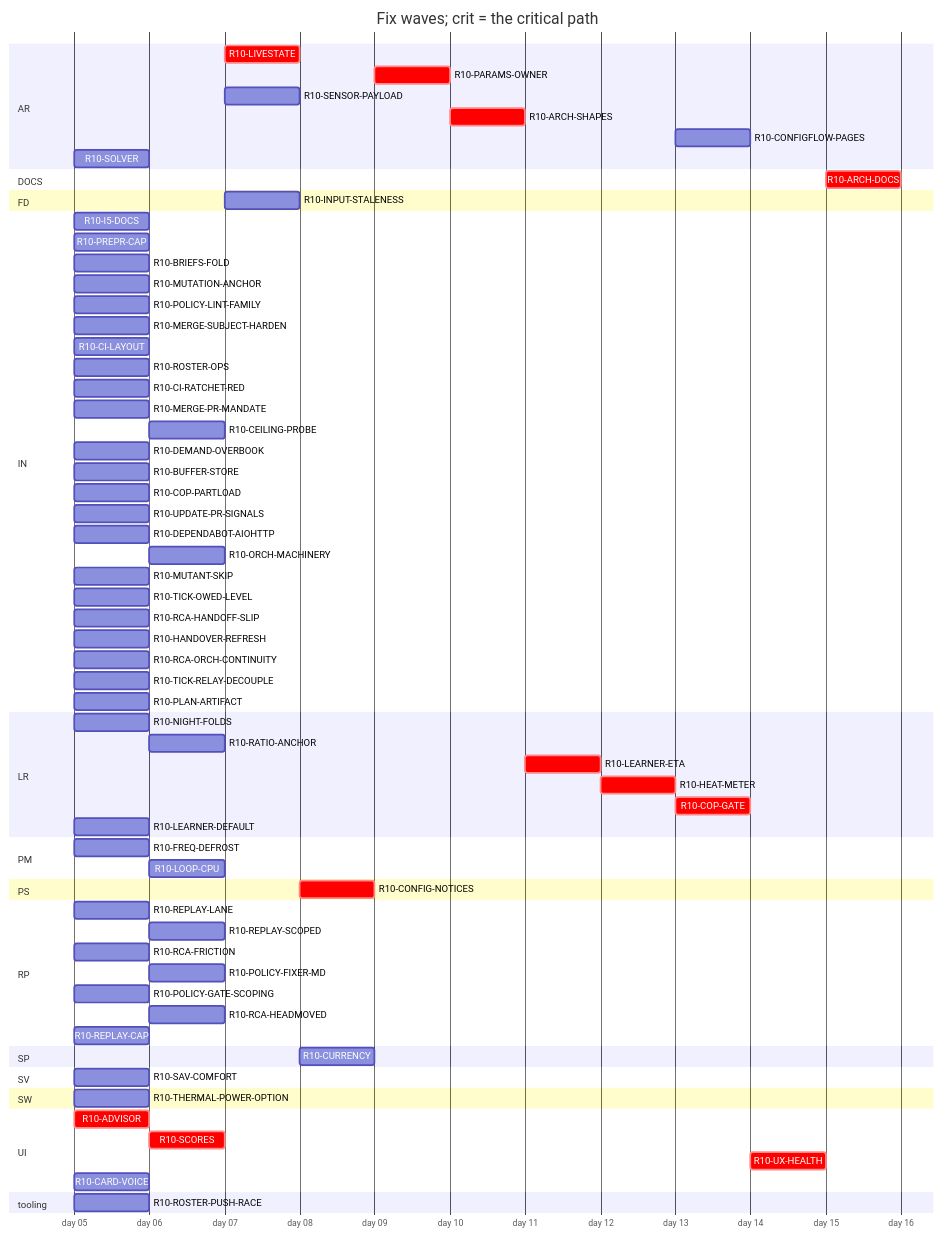
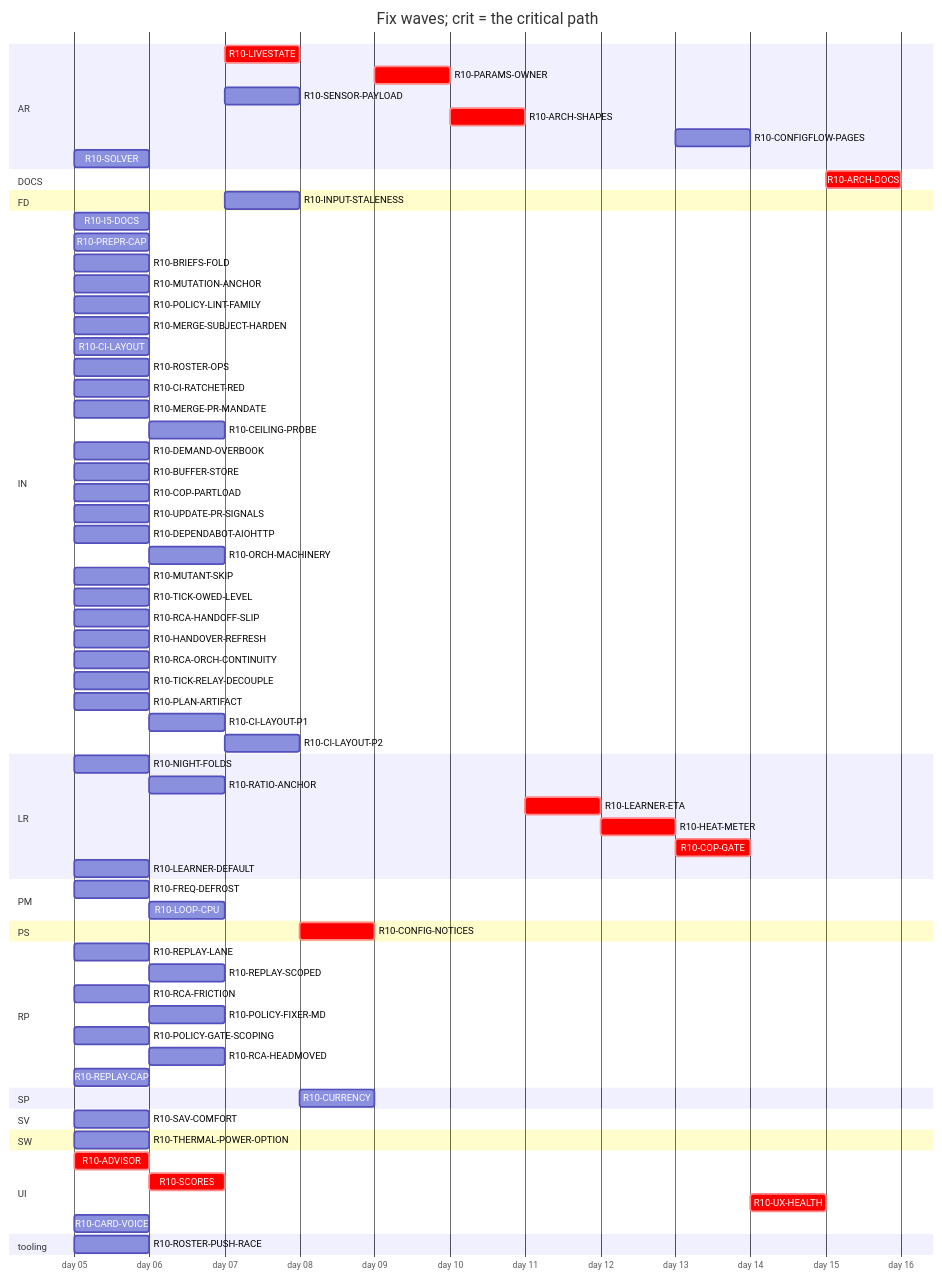
The diagram in handoff/round10/state/PLAN-TABLE.md (tvofi/heatpump_optimizer), drawn with Mermaid before and after one commit. The commit also changed other lines of this file and 1 other file, not shown here.

````diff
--- a/handoff/round10/state/PLAN-TABLE.md
+++ b/handoff/round10/state/PLAN-TABLE.md
@@ -26,75 +26,77 @@
 ```mermaid
 gantt
   title Fix waves; crit = the critical path
   dateFormat YYYY-MM-DD
   axisFormat day %d
   section AR
     R10-LIVESTATE :crit, r10LIVESTATE, after r10SCORES, 1d
     R10-PARAMS-OWNER :crit, r10PARAMSOWNER, after r10CONFIGNOTICES, 1d
     R10-SENSOR-PAYLOAD :r10SENSORPAYLOAD, after r10SCORES, 1d
     R10-ARCH-SHAPES :crit, r10ARCHSHAPES, after r10PARAMSOWNER r10SENSORPAYLOAD r10FREQDEFROST, 1d
     R10-CONFIGFLOW-PAGES :r10CONFIGFLOWPAGES, after r10HEATMETER, 1d
     R10-SOLVER :r10SOLVER, 2026-01-05, 1d
   section DOCS
     R10-ARCH-DOCS :crit, r10ARCHDOCS, after r10NIGHTFOLDS r10RATIOANCHOR r10INPUTSTALENESS r10CURRENCY r10FREQDEFROST r10LOOPCPU r10ADVISOR r10SCORES r10LIVESTATE r10CONFIGNOTICES r10PARAMSOWNER r10SENSORPAYLOAD r10ARCHSHAPES r10LEARNERETA r10HEATMETER r10COPGATE r10UXHEALTH r10CONFIGFLOWPAGES r10SOLVER r10I5DOCS r10BRIEFSFOLD r10REPLAYLANE r10REPLAYSCOPED, 1d
   section FD
     R10-INPUT-STALENESS :r10INPUTSTALENESS, after r10RATIOANCHOR, 1d
   section IN
     R10-I5-DOCS :r10I5DOCS, 2026-01-05, 1d
     R10-PREPR-CAP :r10PREPRCAP, 2026-01-05, 1d
     R10-BRIEFS-FOLD :r10BRIEFSFOLD, 2026-01-05, 1d
     R10-MUTATION-ANCHOR :r10MUTATIONANCHOR, 2026-01-05, 1d
     R10-POLICY-LINT-FAMILY :r10POLICYLINTFAMILY, 2026-01-05, 1d
     R10-MERGE-SUBJECT-HARDEN :r10MERGESUBJECTHARDEN, 2026-01-05, 1d
     R10-CI-LAYOUT :r10CILAYOUT, 2026-01-05, 1d
     R10-ROSTER-OPS :r10ROSTEROPS, 2026-01-05, 1d
     R10-CI-RATCHET-RED :r10CIRATCHETRED, 2026-01-05, 1d
     R10-MERGE-PR-MANDATE :r10MERGEPRMANDATE, 2026-01-05, 1d
     R10-CEILING-PROBE :r10CEILINGPROBE, after r10CILAYOUT r10NIGHTFOLDS, 1d
     R10-DEMAND-OVERBOOK :r10DEMANDOVERBOOK, 2026-01-05, 1d
     R10-BUFFER-STORE :r10BUFFERSTORE, 2026-01-05, 1d
     R10-COP-PARTLOAD :r10COPPARTLOAD, 2026-01-05, 1d
     R10-UPDATE-PR-SIGNALS :r10UPDATEPRSIGNALS, 2026-01-05, 1d
     R10-DEPENDABOT-AIOHTTP :r10DEPENDABOTAIOHTTP, 2026-01-05, 1d
     R10-ORCH-MACHINERY :r10ORCHMACHINERY, after r10ROSTEROPS r10CILAYOUT, 1d
     R10-MUTANT-SKIP :r10MUTANTSKIP, 2026-01-05, 1d
     R10-TICK-OWED-LEVEL :r10TICKOWEDLEVEL, 2026-01-05, 1d
     R10-RCA-HANDOFF-SLIP :r10RCAHANDOFFSLIP, 2026-01-05, 1d
     R10-HANDOVER-REFRESH :r10HANDOVERREFRESH, 2026-01-05, 1d
     R10-RCA-ORCH-CONTINUITY :r10RCAORCHCONTINUITY, 2026-01-05, 1d
     R10-TICK-RELAY-DECOUPLE :r10TICKRELAYDECOUPLE, 2026-01-05, 1d
     R10-PLAN-ARTIFACT :r10PLANARTIFACT, 2026-01-05, 1d
+    R10-CI-LAYOUT-P1 :r10CILAYOUTP1, after r10CILAYOUT, 1d
+    R10-CI-LAYOUT-P2 :r10CILAYOUTP2, after r10CILAYOUTP1, 1d
   section LR
     R10-NIGHT-FOLDS :r10NIGHTFOLDS, 2026-01-05, 1d
     R10-RATIO-ANCHOR :r10RATIOANCHOR, after r10NIGHTFOLDS, 1d
     R10-LEARNER-ETA :crit, r10LEARNERETA, after r10ARCHSHAPES, 1d
     R10-HEAT-METER :crit, r10HEATMETER, after r10LEARNERETA r10INPUTSTALENESS r10RATIOANCHOR, 1d
     R10-COP-GATE :crit, r10COPGATE, after r10HEATMETER r10SENSORPAYLOAD, 1d
     R10-LEARNER-DEFAULT :r10LEARNERDEFAULT, 2026-01-05, 1d
   section PM
     R10-FREQ-DEFROST :r10FREQDEFROST, 2026-01-05, 1d
     R10-LOOP-CPU :r10LOOPCPU, after r10FREQDEFROST, 1d
   section PS
     R10-CONFIG-NOTICES :crit, r10CONFIGNOTICES, after r10LIVESTATE, 1d
   section RP
     R10-REPLAY-LANE :r10REPLAYLANE, 2026-01-05, 1d
     R10-REPLAY-SCOPED :r10REPLAYSCOPED, after r10REPLAYLANE, 1d
     R10-RCA-FRICTION :r10RCAFRICTION, 2026-01-05, 1d
     R10-POLICY-FIXER-MD :r10POLICYFIXERMD, after r10RCAFRICTION r10BRIEFSFOLD, 1d
     R10-POLICY-GATE-SCOPING :r10POLICYGATESCOPING, 2026-01-05, 1d
     R10-RCA-HEADMOVED :r10RCAHEADMOVED, after r10RCAFRICTION, 1d
     R10-REPLAY-CAP :r10REPLAYCAP, 2026-01-05, 1d
   section SP
     R10-CURRENCY :r10CURRENCY, after r10INPUTSTALENESS, 1d
   section SV
     R10-SAV-COMFORT :r10SAVCOMFORT, 2026-01-05, 1d
   section SW
     R10-THERMAL-POWER-OPTION :r10THERMALPOWEROPTION, 2026-01-05, 1d
   section UI
     R10-ADVISOR :crit, r10ADVISOR, 2026-01-05, 1d
     R10-SCORES :crit, r10SCORES, after r10ADVISOR, 1d
     R10-UX-HEALTH :crit, r10UXHEALTH, after r10SCORES r10COPGATE r10HEATMETER, 1d
     R10-CARD-VOICE :r10CARDVOICE, 2026-01-05, 1d
   section tooling
     R10-ROSTER-PUSH-RACE :r10ROSTERPUSHRACE, 2026-01-05, 1d
 ```
````
